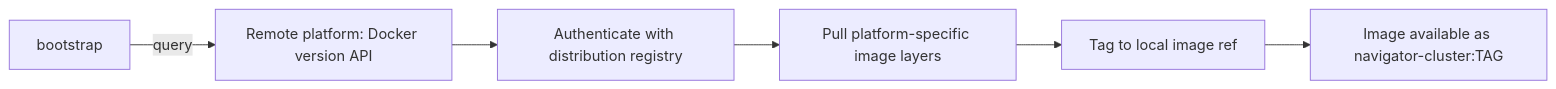
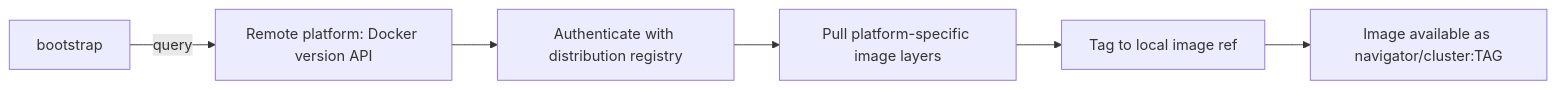
One commit to NVIDIA/OpenShell changed the third of 3 diagrams in architecture/cluster-single-node.md. Above: the diagram before and after it, drawn with Mermaid. The commit also changed other lines of this file and 24 other files, not shown here.

````diff
--- a/architecture/cluster-single-node.md
+++ b/architecture/cluster-single-node.md
@@ -294,8 +305,8 @@
 ```mermaid
 flowchart LR
   B[bootstrap] -->|query| RP[Remote platform: Docker version API]
   RP --> Auth[Authenticate with distribution registry]
   Auth --> Pull[Pull platform-specific image layers]
   Pull --> Tag[Tag to local image ref]
-  Tag --> OK[Image available as navigator-cluster:TAG]
+  Tag --> OK[Image available as navigator/cluster:TAG]
 ```
````
